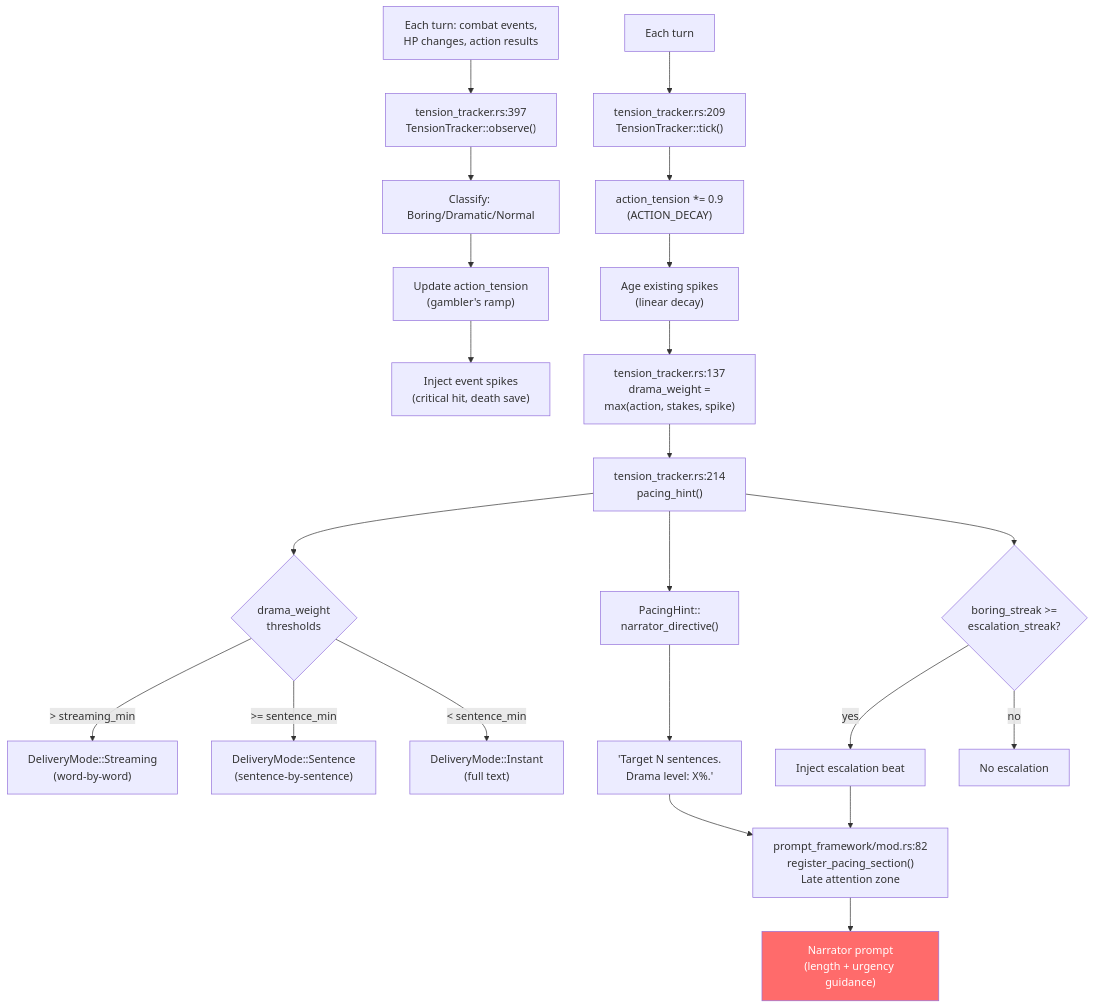
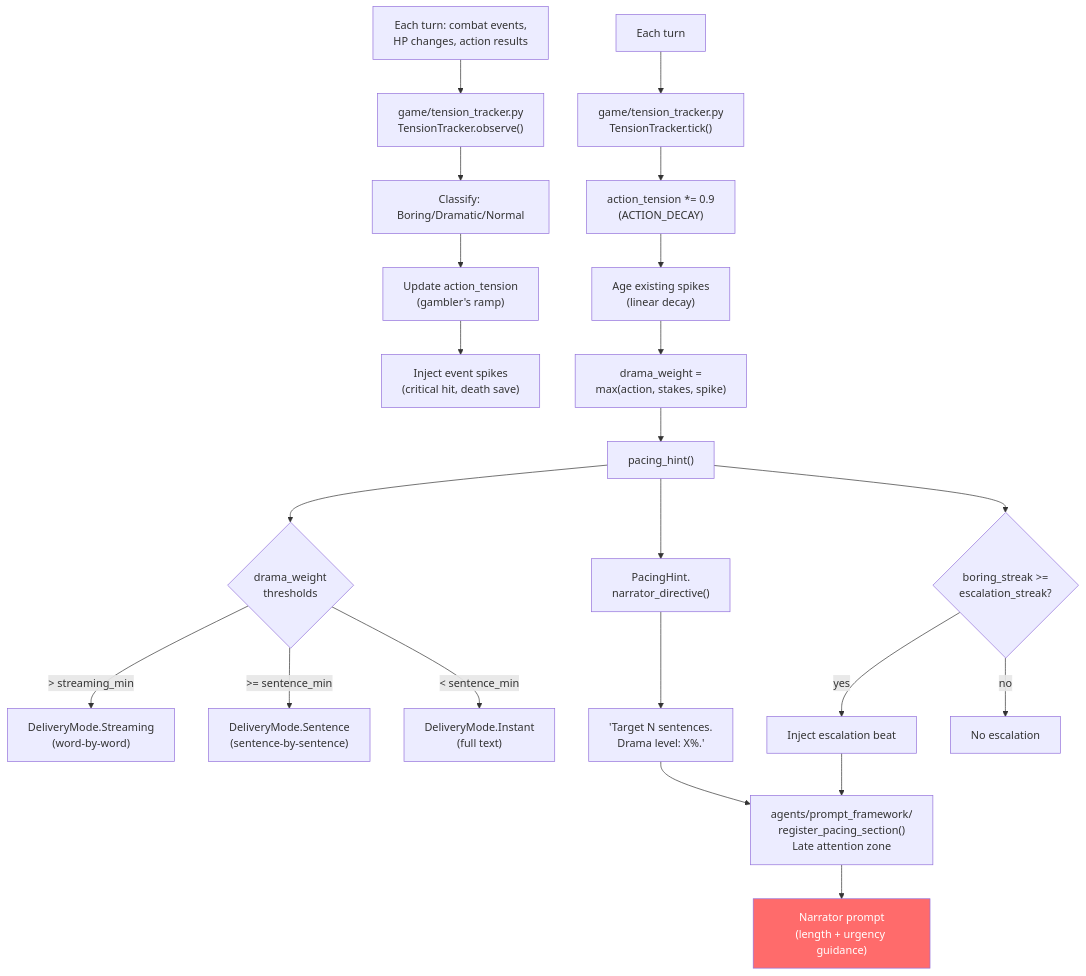
One commit to slabgorb/sidequest changed the eighth of 15 diagrams in docs/wiring-diagrams.md. Above: the diagram before and after it, drawn with Mermaid. The commit also changed other lines of this file and 4 other files, not shown here.

````diff
--- a/docs/wiring-diagrams.md
+++ b/docs/wiring-diagrams.md
@@ -464,32 +491,32 @@
 ```mermaid
 flowchart TD
-    A["Each turn: combat events,<br/>HP changes, action results"] --> B["tension_tracker.rs:397<br/>TensionTracker::observe()"]
+    A["Each turn: combat events,<br/>HP changes, action results"] --> B["game/tension_tracker.py<br/>TensionTracker.observe()"]
     B --> C["Classify: Boring/Dramatic/Normal"]
     C --> D["Update action_tension<br/>(gambler's ramp)"]
     D --> E["Inject event spikes<br/>(critical hit, death save)"]
 
-    F["Each turn"] --> G["tension_tracker.rs:209<br/>TensionTracker::tick()"]
+    F["Each turn"] --> G["game/tension_tracker.py<br/>TensionTracker.tick()"]
     G --> H["action_tension *= 0.9<br/>(ACTION_DECAY)"]
     H --> I["Age existing spikes<br/>(linear decay)"]
 
-    I --> J["tension_tracker.rs:137<br/>drama_weight =<br/>max(action, stakes, spike)"]
-    J --> K["tension_tracker.rs:214<br/>pacing_hint()"]
+    I --> J["drama_weight =<br/>max(action, stakes, spike)"]
+    J --> K["pacing_hint()"]
 
     K --> L{"drama_weight<br/>thresholds"}
-    L -->|"> streaming_min"| M["DeliveryMode::Streaming<br/>(word-by-word)"]
-    L -->|">= sentence_min"| N["DeliveryMode::Sentence<br/>(sentence-by-sentence)"]
-    L -->|"< sentence_min"| O["DeliveryMode::Instant<br/>(full text)"]
+    L -->|"> streaming_min"| M["DeliveryMode.Streaming<br/>(word-by-word)"]
+    L -->|">= sentence_min"| N["DeliveryMode.Sentence<br/>(sentence-by-sentence)"]
+    L -->|"< sentence_min"| O["DeliveryMode.Instant<br/>(full text)"]
 
-    K --> P["PacingHint::<br/>narrator_directive()"]
+    K --> P["PacingHint.<br/>narrator_directive()"]
     P --> Q["'Target N sentences.<br/>Drama level: X%.'"]
 
     K --> R{"boring_streak >=<br/>escalation_streak?"}
     R -->|"yes"| S["Inject escalation beat"]
     R -->|"no"| T["No escalation"]
 
-    Q --> U["prompt_framework/mod.rs:82<br/>register_pacing_section()<br/>Late attention zone"]
+    Q --> U["agents/prompt_framework/<br/>register_pacing_section()<br/>Late attention zone"]
     S --> U
     U --> V["Narrator prompt<br/>(length + urgency guidance)"]
 
     style V fill:#ff6b6b,color:#fff
 ```
````
